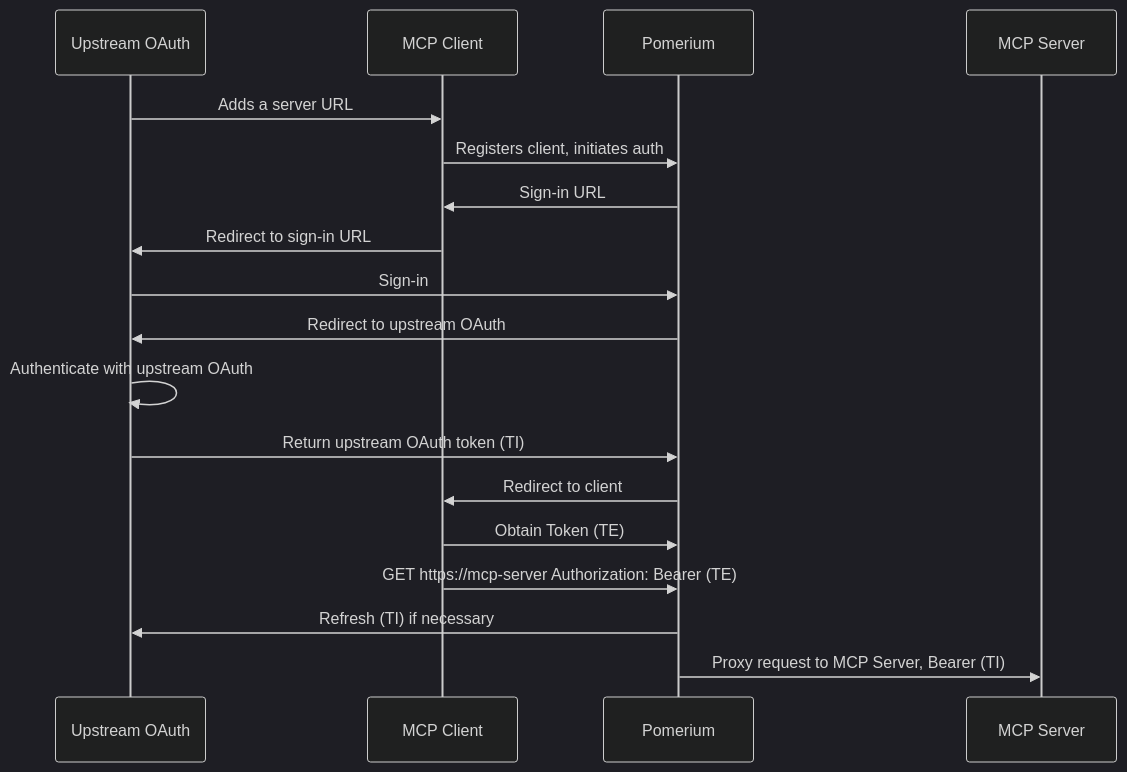
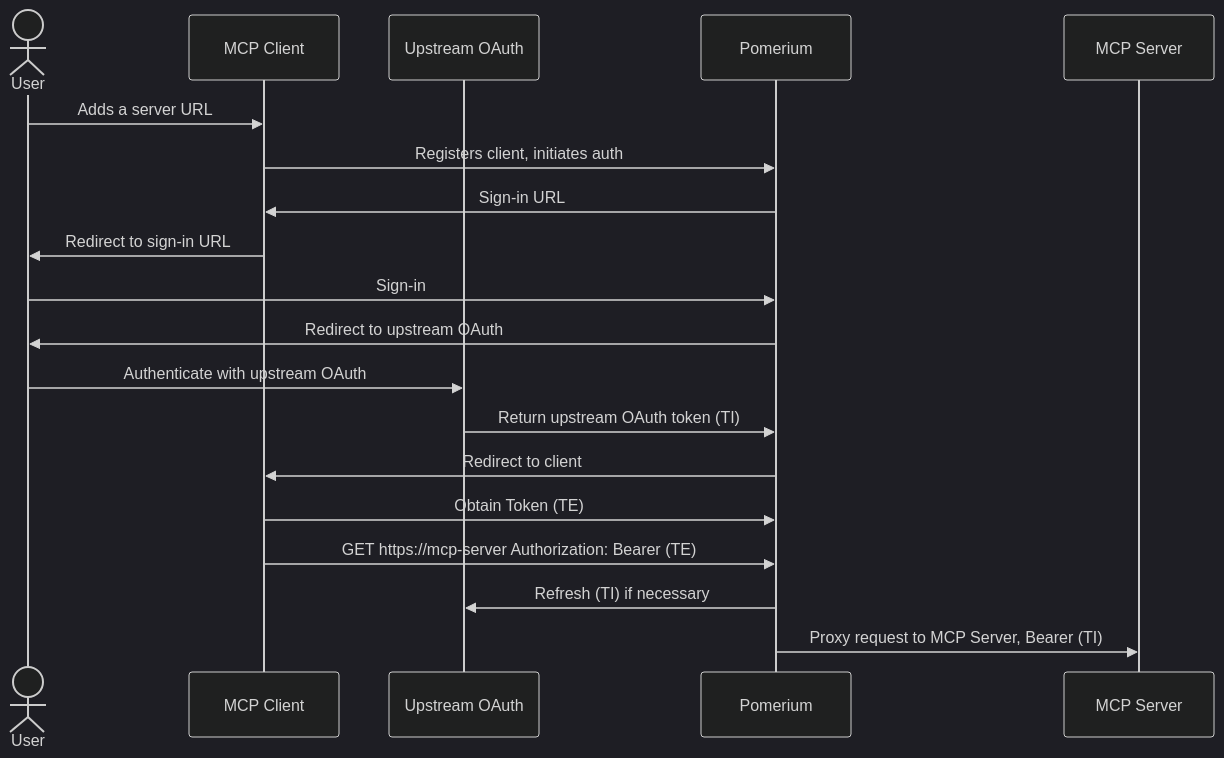
Before and after one commit to pomerium/mcp-app-demo: the second of 2 diagrams in README.md, drawn with Mermaid (dark theme).

````diff
--- a/README.md
+++ b/README.md
@@ -92,21 +92,21 @@
 ```mermaid
 sequenceDiagram
   actor U as User
   participant C as MCP Client
-  participant U as Upstream OAuth
+  participant O as Upstream OAuth
   participant P as Pomerium
   participant S as MCP Server
   U ->> C: Adds a server URL
   C ->> P: Registers client, initiates auth
   P ->> C: Sign-in URL
   C ->> U: Redirect to sign-in URL
   U ->> P: Sign-in
   P ->> U: Redirect to upstream OAuth
-  U ->> U: Authenticate with upstream OAuth
-  U ->> P: Return upstream OAuth token (TI)
+  U ->> O: Authenticate with upstream OAuth
+  O ->> P: Return upstream OAuth token (TI)
   P ->> C: Redirect to client
   C ->> P: Obtain Token (TE)
   C ->> P: GET https://mcp-server Authorization: Bearer (TE)
-  P ->> U: Refresh (TI) if necessary
+  P ->> O: Refresh (TI) if necessary
   P ->> S: Proxy request to MCP Server, Bearer (TI)
 ```
````
